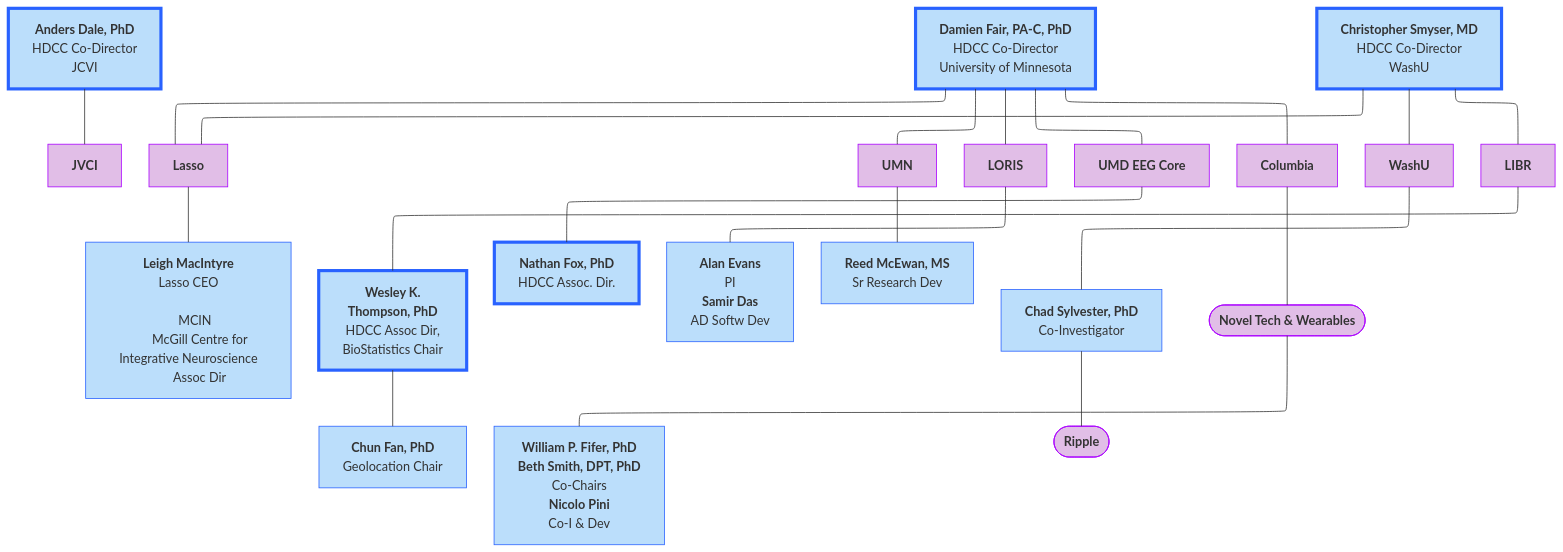
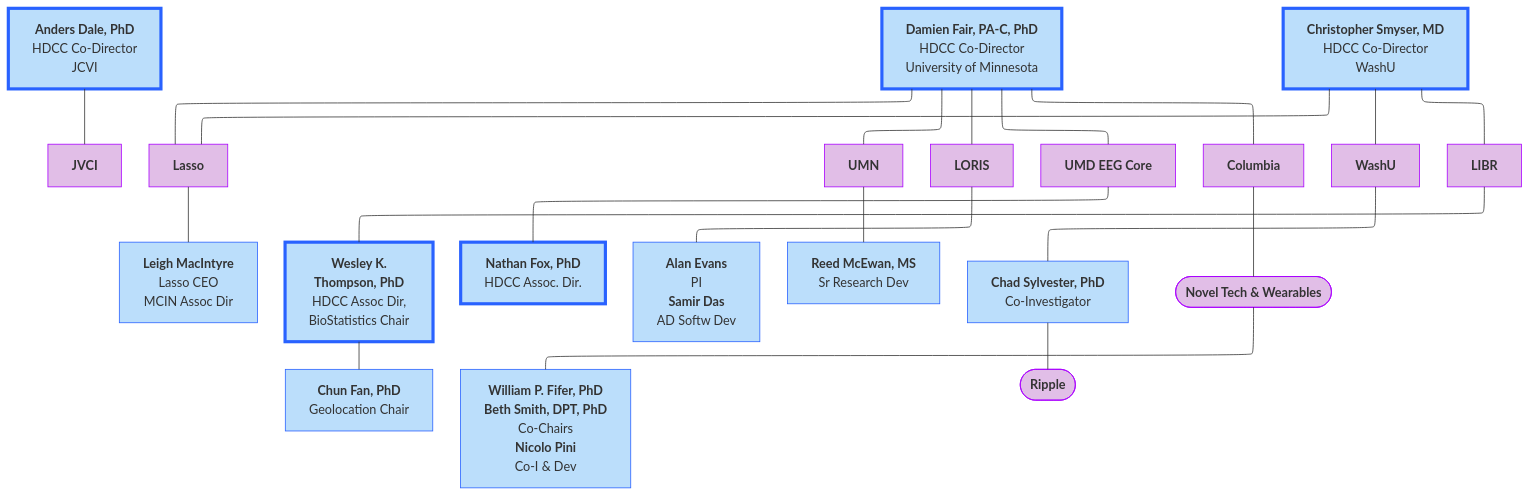
The first of 9 diagrams in docs/orgcharts.md (DCAN-Labs/hbcd-docs-internal), drawn with Mermaid before and after one commit. The commit also changed other lines of this file, not shown here.

Commit message:
remove hover box for now

````diff
--- a/docs/orgcharts.md
+++ b/docs/orgcharts.md
@@ -12,50 +12,47 @@
 ```mermaid
 ---
 config:
   layout: elk
 ---
 flowchart TB
     n2["<b>Anders Dale, PhD<br></b>HDCC Co-Director<br>JCVI"] --- jvci["<b>JVCI</b>"]
     E["<b>Damien Fair, PA-C, PhD</b><br>HDCC Co-Director<br>University of Minnesota"] --- lasso["<b>Lasso</b>"] & umn["<b>UMN</b>"] & n7["<b>LORIS</b>"] & n8["<b>UMD EEG Core</b>"] & n11["<b>Columbia</b>"]
-    lasso --- lasso1["<b>Leigh MacIntyre</b><br>Lasso CEO<br>
-    <span class="tooltip">MCIN
-        <span class="tooltiptext">McGill Centre for Integrative Neuroscience</span>
-      </span> Assoc Dir"]
+    lasso --- lasso1["<b>Leigh MacIntyre</b><br>Lasso CEO<br>MCIN Assoc Dir"]
     n1["<b>Christopher Smyser, MD<br></b>HDCC Co-Director<br>WashU"] --- n10["<b>WashU</b><br>"] & n12["<b>LIBR</b>"] & lasso
     n16["<b>Wesley K.<br>Thompson, PhD</b><br>HDCC Assoc Dir,<br>BioStatistics Chair"] --- n17["<b>Chun Fan, PhD</b><br>Geolocation Chair"]
     n12 --- n16
     n8 --- n19["<b>Nathan Fox, PhD<br></b>HDCC Assoc. Dir."]
     n7 --- n20["<b>Alan Evans</b><br>PI<br><b>Samir Das</b><br>AD Softw Dev"]
     umn --- reed["<b>Reed McEwan, MS</b><br>Sr Research Dev"]
     n10 --- n22["<b>Chad Sylvester, PhD</b><br>Co-Investigator"]
     n11 --- n23(["<b>Novel Tech &amp; Wearables</b>"])
     n23 --- n18["<b>William P. Fifer, PhD</b><br><b>Beth Smith, DPT, PhD</b><br>Co-Chairs<br><b>Nicolo Pini<br></b>Co-I &amp; Dev"]
     n22 --- n24(["<b>Ripple</b>"])
     style n2 fill:#BBDEFB,stroke:#2962FF,stroke-width:4px
     style jvci fill:#E1BEE7,stroke:#AA00FF
     style E fill:#BBDEFB,stroke:#2962FF,stroke-width:4px
     style lasso fill:#E1BEE7,stroke:#AA00FF
     style umn fill:#E1BEE7,stroke:#AA00FF
     style n7 fill:#E1BEE7,stroke:#AA00FF
     style n8 fill:#E1BEE7,stroke:#AA00FF
     style n11 fill:#E1BEE7,stroke:#AA00FF
     style lasso1 fill:#BBDEFB,stroke:#2962FF
     style n1 fill:#BBDEFB,stroke:#2962FF,stroke-width:4px
     style n10 fill:#E1BEE7,stroke:#AA00FF
     style n12 fill:#E1BEE7,stroke:#AA00FF
     style n16 fill:#BBDEFB,stroke:#2962FF,stroke-width:4px
     style n17 fill:#BBDEFB,stroke:#2962FF
     style n19 fill:#BBDEFB,stroke:#2962FF,stroke-width:4px
     style n20 fill:#BBDEFB,stroke:#2962FF
     style reed fill:#BBDEFB,stroke:#2962FF
     style n22 fill:#BBDEFB,stroke:#2962FF
     style n23 fill:#E1BEE7,stroke:#AA00FF
     style n18 fill:#BBDEFB,stroke:#2962FF
     style n24 fill:#E1BEE7,stroke:#AA00FF
     click jvci "#j-craig-venter-institute"
     click lasso "#lasso"
     click umn "#university-of-minnesota"
     click n7 "#loris"
     click n8 "#umd-eeg-core"
     click n10 "#washu"
 ```
````
